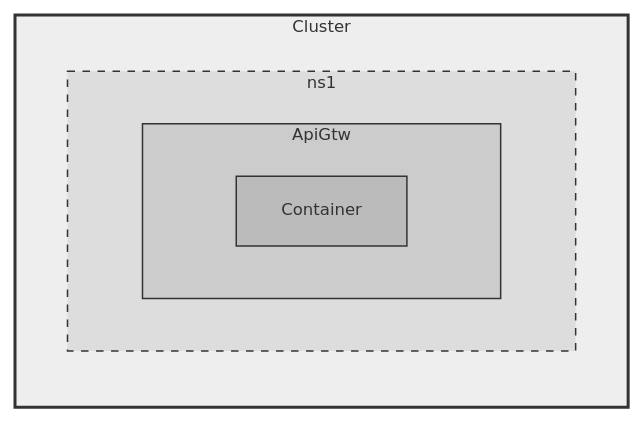
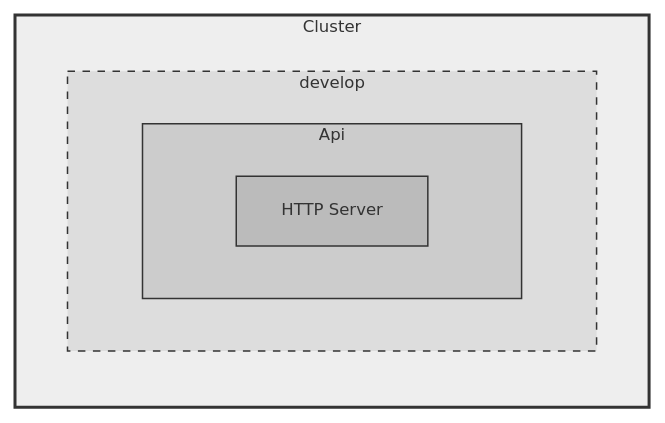
Before and after one commit to tonitienda/k8s-showcase: the second of 5 diagrams in demo-script.md, drawn with Mermaid. The commit also changed other lines of this file and 6 other files, not shown here.

````diff
--- a/demo-script.md
+++ b/demo-script.md
@@ -48,28 +48,28 @@
 ```mermaid
 flowchart LR
 
 subgraph Cluster
 
-    subgraph NS1[ns1]
-        subgraph ApiGtw
-            Container1[Container]
+    subgraph develop[develop]
+        subgraph Api
+            Container1[HTTP Server]
         end
     end
 end
 
 
 classDef Physical fill:#eee,stroke:#333,stroke-width:2px,color:#333,font-size:11px;
 
 classDef Logical fill:#ddd,stroke:#333,stroke-width:1px,color:#333,font-size:11px,stroke-dasharray: 5, 5;
 
 classDef Pod fill:#ccc,stroke:#333,stroke-width:1px,color:#333,font-size:11px;
 
 
 classDef Container fill:#bbb,stroke:#333,stroke-width:1px,color:#333,font-size:11px;
 
 
 class Cluster Physical
-class NS1 Logical
-class ApiGtw Pod
+class develop Logical
+class Api Pod
 class Container1 Container
 ```
````
